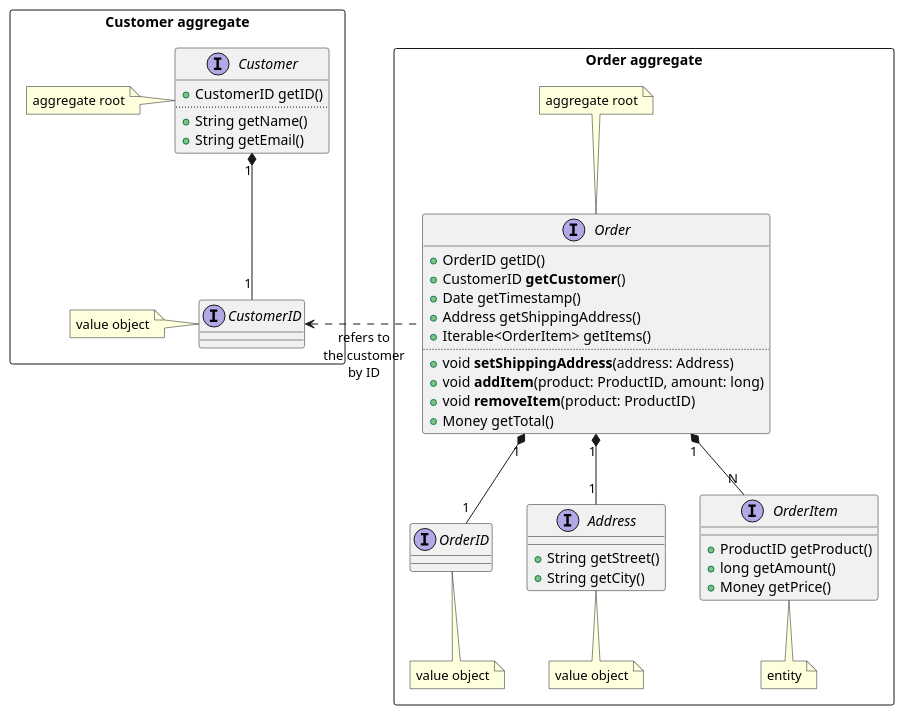
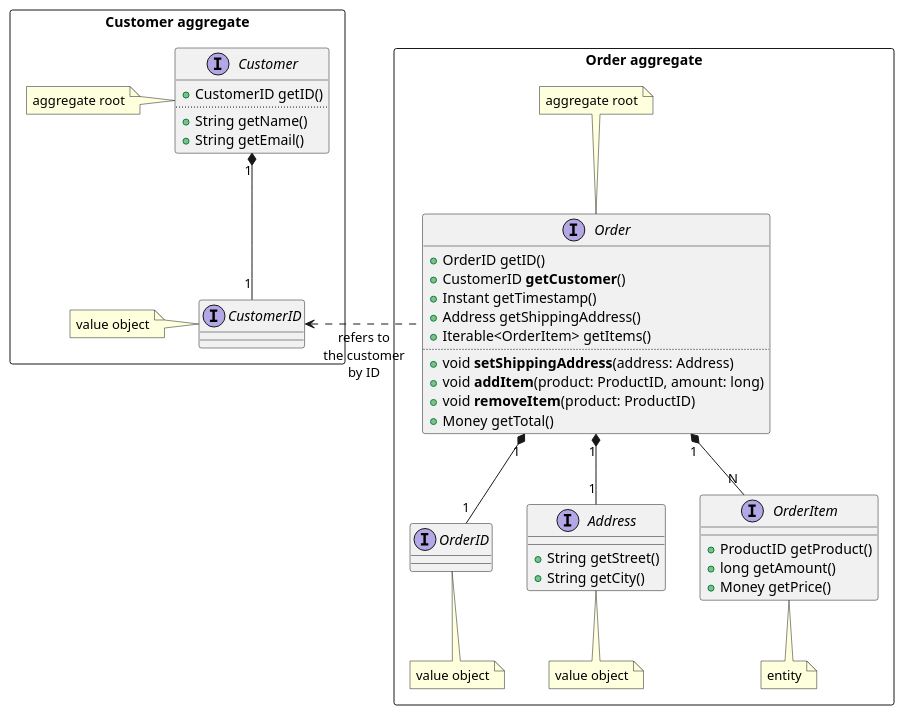
Before and after one commit to unibo-spe/spe-slides: the third of 9 diagrams in content/10-ddd/_index.md, drawn with PlantUML. The commit also changed other lines of this file, not shown here.

Commit message:
fix(ddd): Instant instead of Date, tax codes depend on gender and birth place, align with exercise repo

```diff
--- a/content/10-ddd/_index.md
+++ b/content/10-ddd/_index.md
@@ -807,52 +807,52 @@
 {{< plantuml height="65vh" alt="A Customer aggregate, whose root Customer owns a CustomerID, and an Order aggregate, whose root Order owns an OrderID, an Address value object, and many OrderItem entities; Order refers to the customer only through its CustomerID" >}}
 package "Customer aggregate" <<Rectangle>> {
     interface Customer {
         + CustomerID getID()
         ..
         + String getName()
         + String getEmail()
     }
     note left of Customer: aggregate root
 
     interface CustomerID
     note left of CustomerID: value object
 }
 
 package "Order aggregate" <<Rectangle>> {
     interface Order {
         + OrderID getID()
         + CustomerID **getCustomer**()
-        + Date getTimestamp()
+        + Instant getTimestamp()
         + Address getShippingAddress()
         + Iterable<OrderItem> getItems()
         ..
         + void **setShippingAddress**(address: Address)
         + void **addItem**(product: ProductID, amount: long)
         + void **removeItem**(product: ProductID)
         + Money getTotal()
     }
     note top of Order: aggregate root
 
     interface OrderID
     note bottom of OrderID: value object
 
     interface Address {
         + String getStreet()
         + String getCity()
     }
     note bottom of Address: value object
 
     interface OrderItem {
         + ProductID getProduct()
         + long getAmount()
         + Money getPrice()
     }
     note bottom of OrderItem: entity
 }
 
 Customer "1" *-d- "1" CustomerID
 Order "1" *-d- "1" OrderID
 Order "1" *-d- "1" Address
 Order "1" *-d- "N" OrderItem
 Order .l.> CustomerID: refers to\nthe customer\nby ID
 {{< /plantuml >}}
```
